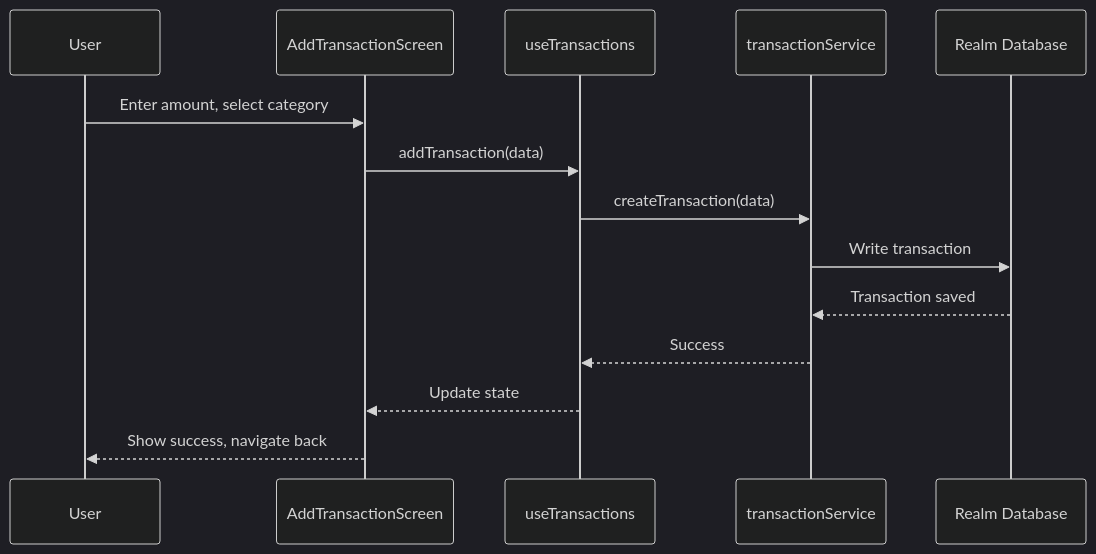
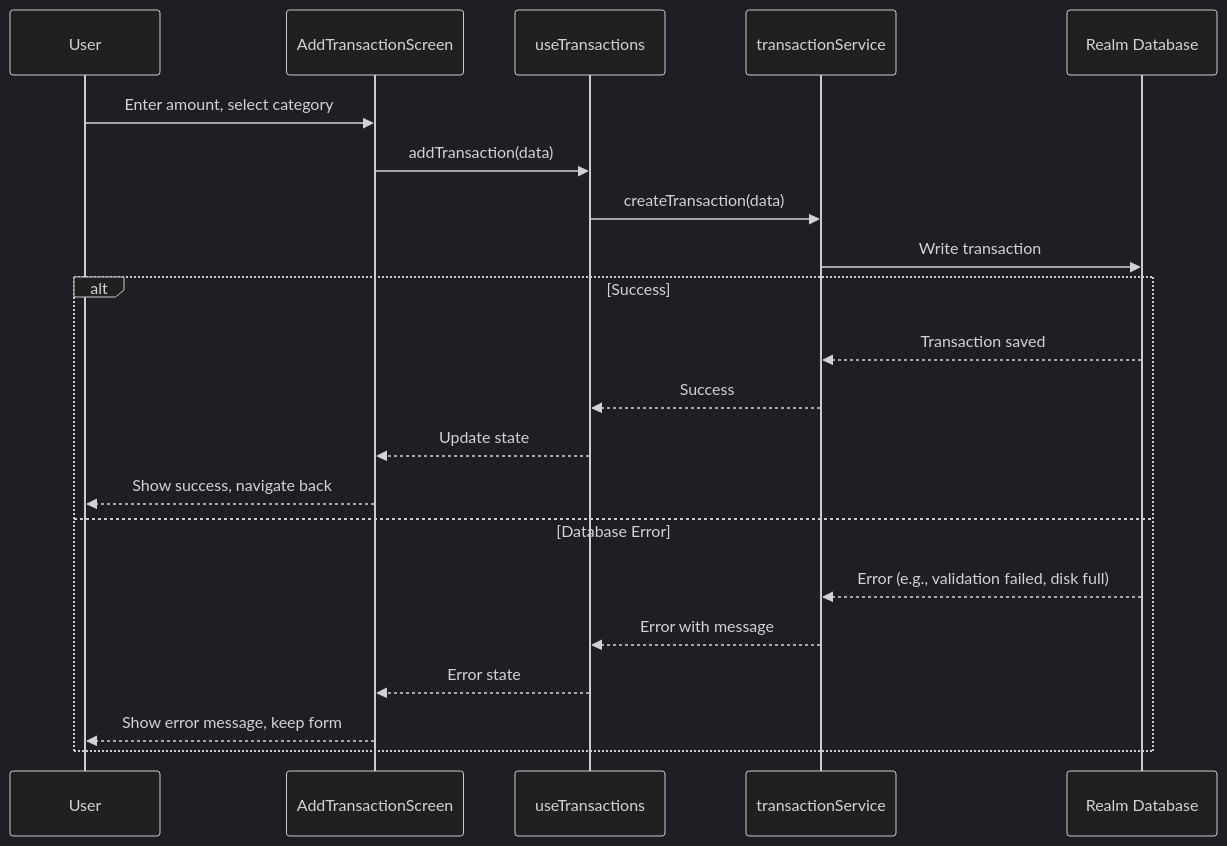
Before and after one commit to v13dim/fintrack: the first of 12 diagrams in docs/c4-diagrams/data-flow.md, drawn with Mermaid (dark theme). The commit also changed other lines of this file and 22 other files, not shown here.

````diff
--- a/docs/c4-diagrams/data-flow.md
+++ b/docs/c4-diagrams/data-flow.md
@@ -13,17 +13,24 @@
 ```mermaid
 sequenceDiagram
     participant User
     participant Screen as AddTransactionScreen
     participant Hook as useTransactions
     participant Service as transactionService
     participant DB as Realm Database
 
     User->>Screen: Enter amount, select category
     Screen->>Hook: addTransaction(data)
     Hook->>Service: createTransaction(data)
     Service->>DB: Write transaction
-    DB-->>Service: Transaction saved
-    Service-->>Hook: Success
-    Hook-->>Screen: Update state
-    Screen-->>User: Show success, navigate back
+    alt Success
+        DB-->>Service: Transaction saved
+        Service-->>Hook: Success
+        Hook-->>Screen: Update state
+        Screen-->>User: Show success, navigate back
+    else Database Error
+        DB-->>Service: Error (e.g., validation failed, disk full)
+        Service-->>Hook: Error with message
+        Hook-->>Screen: Error state
+        Screen-->>User: Show error message, keep form
+    end
 ```
````
